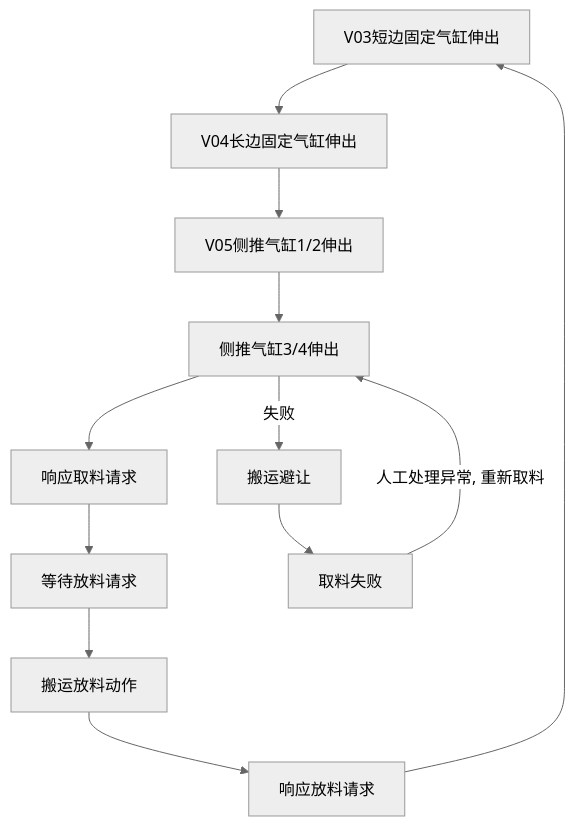
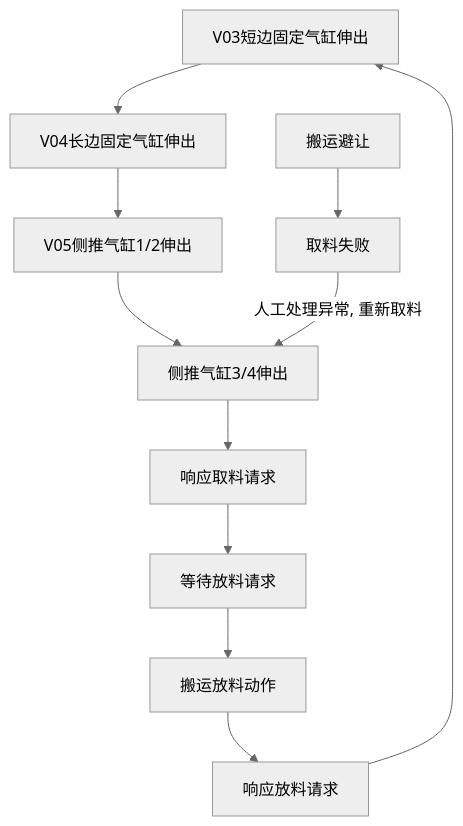
Before and after one commit to PengKun1/iodraw-files: the diagram in all/OP10气缸固定流程.md, drawn with Mermaid (neutral theme).

Commit message:
2024-08-05 13:50:38 update

````diff
--- a/all/OP10气缸固定流程.md
+++ b/all/OP10气缸固定流程.md
@@ -1,17 +1,16 @@
 ```mermaid
 graph TD
 10[V03短边固定气缸伸出]-->20
 20[V04长边固定气缸伸出]-->30
 30[V05侧推气缸1/2伸出]-->40
 40[侧推气缸3/4伸出]-->50
-40-->|失败|90
 50[响应取料请求]-->60
 60[等待放料请求]-->70
 70[搬运放料动作]-->80
 80[响应放料请求]-->10
 
 90[搬运避让]-->900
 
 900[取料失败]-->|人工处理异常, 重新取料|40
   
 ```
````
